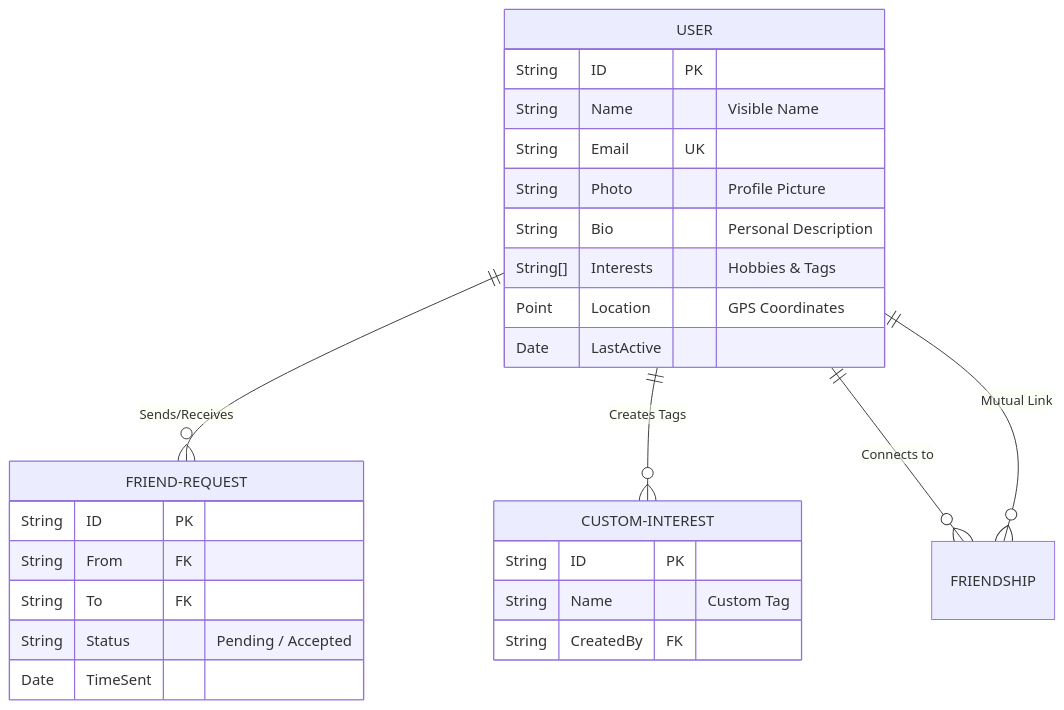
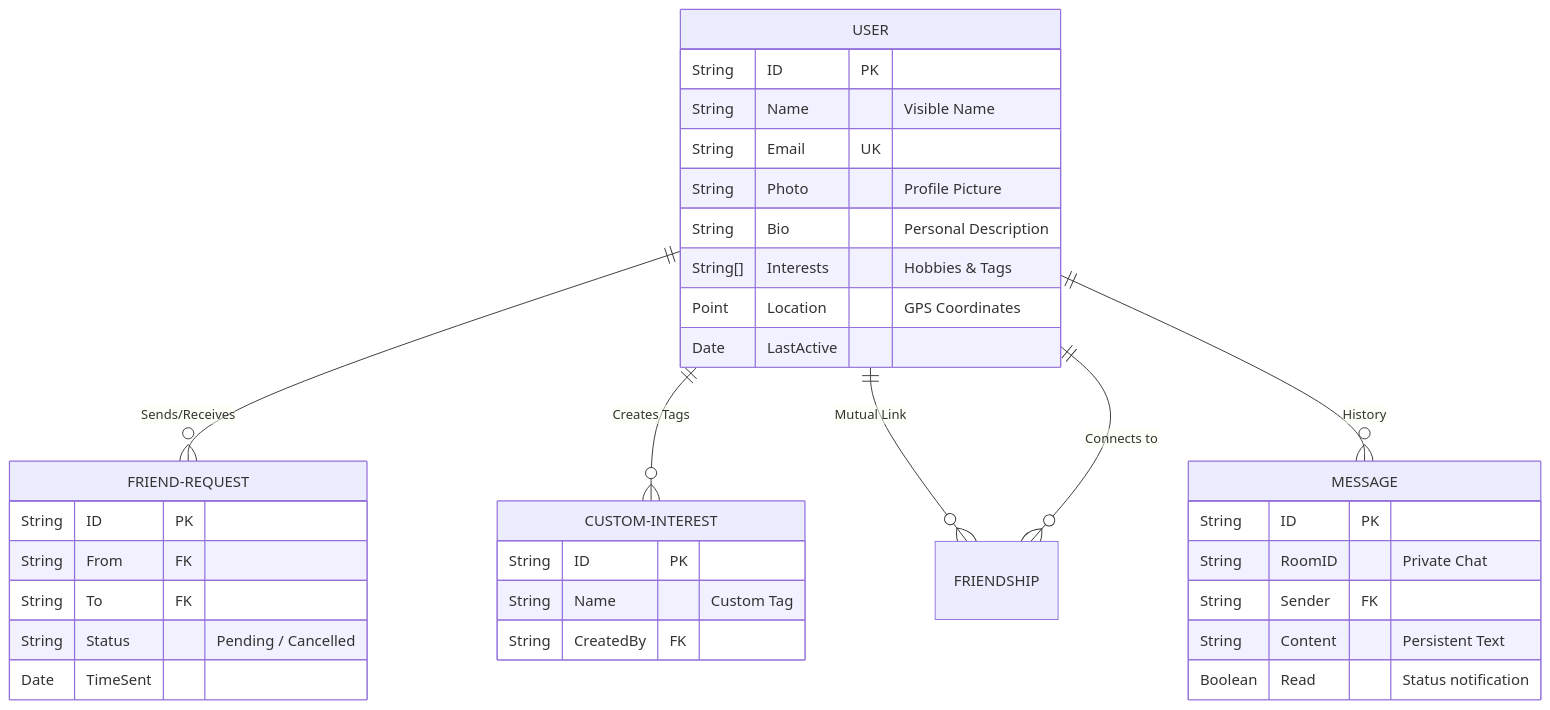
The second of 8 diagrams in docs/DIAGRAMS.md (Akash-Veerla/Demographic), drawn with Mermaid before and after one commit. The commit also changed other lines of this file, not shown here.

Commit message:
System Diagrams Update

````diff
--- a/docs/DIAGRAMS.md
+++ b/docs/DIAGRAMS.md
@@ -49,32 +49,41 @@
 ```mermaid
 erDiagram
     USER ||--o{ FRIEND-REQUEST : "Sends/Receives"
     USER ||--o{ CUSTOM-INTEREST : "Creates Tags"
-    USER ||--o{ FRIENDSHIP : "Connects to"
-    FRIENDSHIP }o--|| USER : "Mutual Link"
+    USER ||--o{ FRIENDSHIP : "Mutual Link"
+    USER ||--o{ MESSAGE : "History"
+    FRIENDSHIP }o--|| USER : "Connects to"
 
     USER {
         String ID PK
         String Name "Visible Name"
         String Email UK
         String Photo "Profile Picture"
         String Bio "Personal Description"
         String[] Interests "Hobbies & Tags"
         Point Location "GPS Coordinates"
         Date LastActive
     }
 
     FRIEND-REQUEST {
         String ID PK
         String From FK
         String To FK
-        String Status "Pending / Accepted"
+        String Status "Pending / Cancelled"
         Date TimeSent
+    }
+
+    MESSAGE {
+        String ID PK
+        String RoomID "Private Chat"
+        String Sender FK
+        String Content "Persistent Text"
+        Boolean Read "Status notification"
     }
 
     CUSTOM-INTEREST {
         String ID PK
         String Name "Custom Tag"
         String CreatedBy FK
     }
 ```
````
